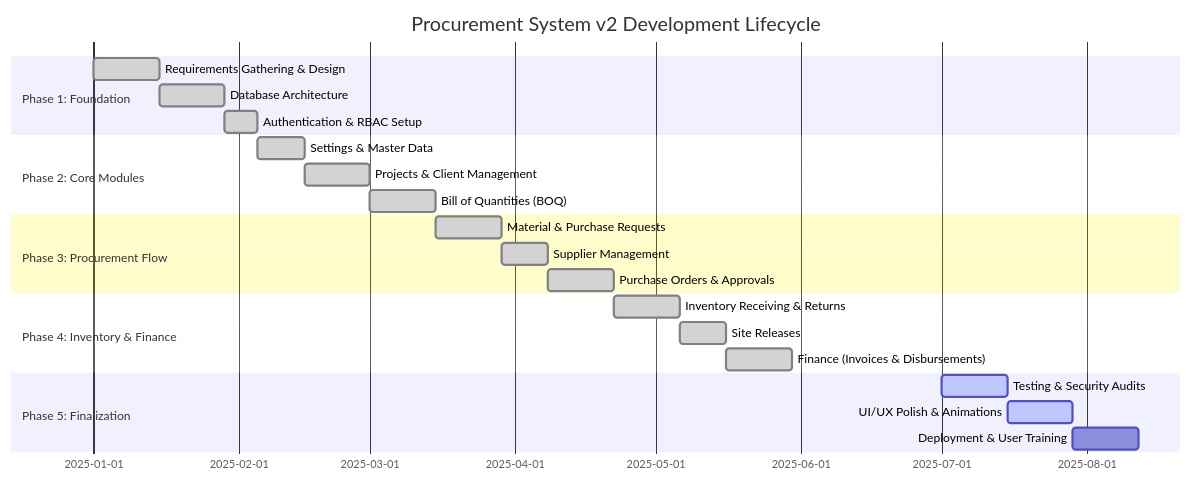
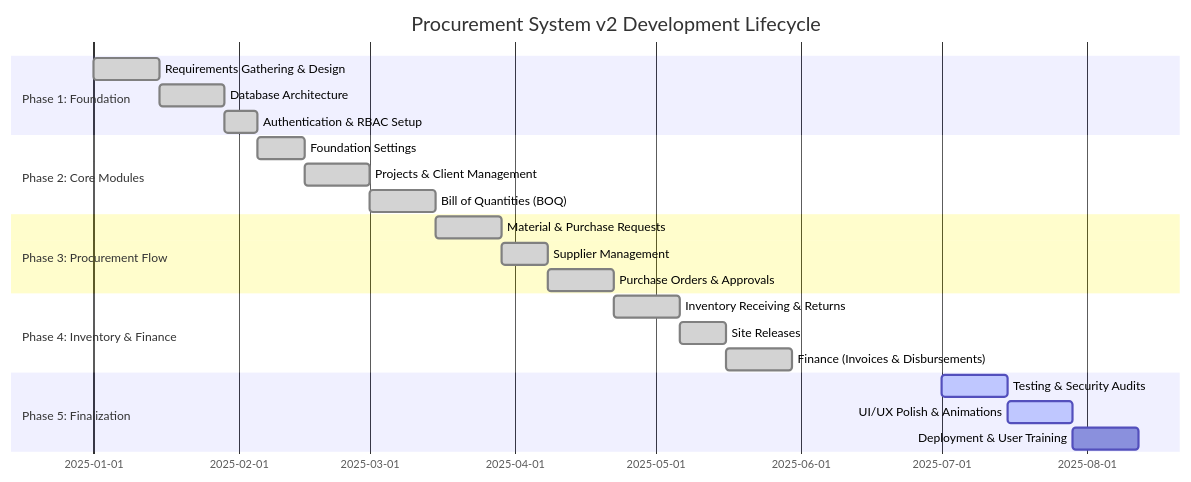
The diagram in docs/project_plan.md (JimBeulah/ProcurementSystem-v2), drawn with Mermaid before and after one commit. The commit also changed other lines of this file and 8 other files, not shown here.

First line of the commit message:
feat(settings): remove master data module and consolidate administrative UI

````diff
--- a/docs/project_plan.md
+++ b/docs/project_plan.md
@@ -36,30 +36,30 @@
 ```mermaid
 gantt
     title Procurement System v2 Development Lifecycle
     dateFormat  YYYY-MM-DD
     
     section Phase 1: Foundation
     Requirements Gathering & Design   :done,    des1, 2025-01-01, 14d
     Database Architecture             :done,    des2, after des1, 14d
     Authentication & RBAC Setup       :done,    des3, after des2, 7d
     
     section Phase 2: Core Modules
-    Settings & Master Data            :done,    dev1, after des3, 10d
+    Foundation Settings               :done,    dev1, after des3, 10d
     Projects & Client Management      :done,    dev2, after dev1, 14d
     Bill of Quantities (BOQ)          :done,    dev3, after dev2, 14d
     
     section Phase 3: Procurement Flow
     Material & Purchase Requests      :done,    dev4, after dev3, 14d
     Supplier Management               :done,    dev5, after dev4, 10d
     Purchase Orders & Approvals       :done,    dev6, after dev5, 14d
     
     section Phase 4: Inventory & Finance
     Inventory Receiving & Returns     :done,    dev7, after dev6, 14d
     Site Releases                     :done,    dev8, after dev7, 10d
     Finance (Invoices & Disbursements):done,    dev9, after dev8, 14d
     
     section Phase 5: Finalization
     Testing & Security Audits         :active,  test1, 2025-07-01, 14d
     UI/UX Polish & Animations         :active,  test2, after test1, 14d
     Deployment & User Training        :         deploy, after test2, 14d
 ```
````
